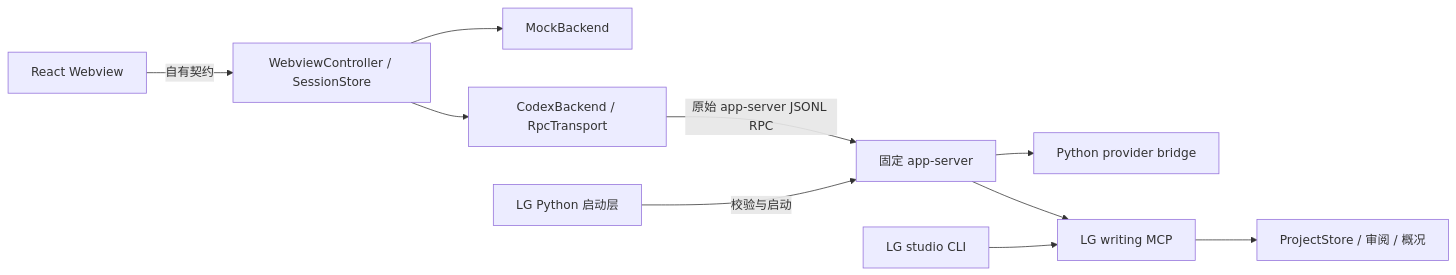
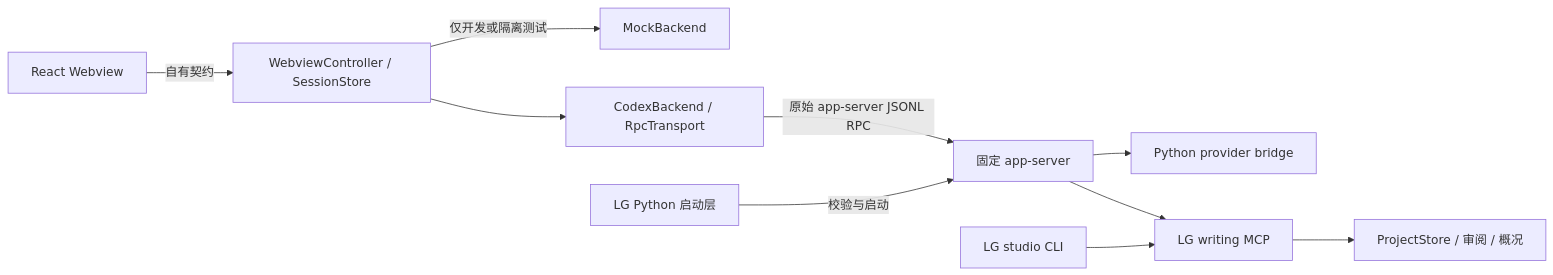
One commit to ZhiHaOuang/LiteraryAgent changed the diagram in lg-vscode/docs/ARCHITECTURE.md. Above: the diagram before and after it, drawn with Mermaid. The commit also changed other lines of this file and 24 other files, not shown here.

````diff
--- a/lg-vscode/docs/ARCHITECTURE.md
+++ b/lg-vscode/docs/ARCHITECTURE.md
@@ -3,12 +3,12 @@
 ```mermaid
 flowchart LR
   UI[React Webview] -->|自有契约| Host[WebviewController / SessionStore]
-  Host --> Mock[MockBackend]
+  Host -->|仅开发或隔离测试| Mock[MockBackend]
   Host --> Adapter[CodexBackend / RpcTransport]
   Adapter -->|原始 app-server JSONL RPC| Core[固定 app-server]
   Launcher[LG Python 启动层] -->|校验与启动| Core
   Core --> Bridge[Python provider bridge]
   Core --> MCP[LG writing MCP]
   MCP --> Store[ProjectStore / 审阅 / 概况]
   CLI[LG studio CLI] --> MCP
 ```
````
